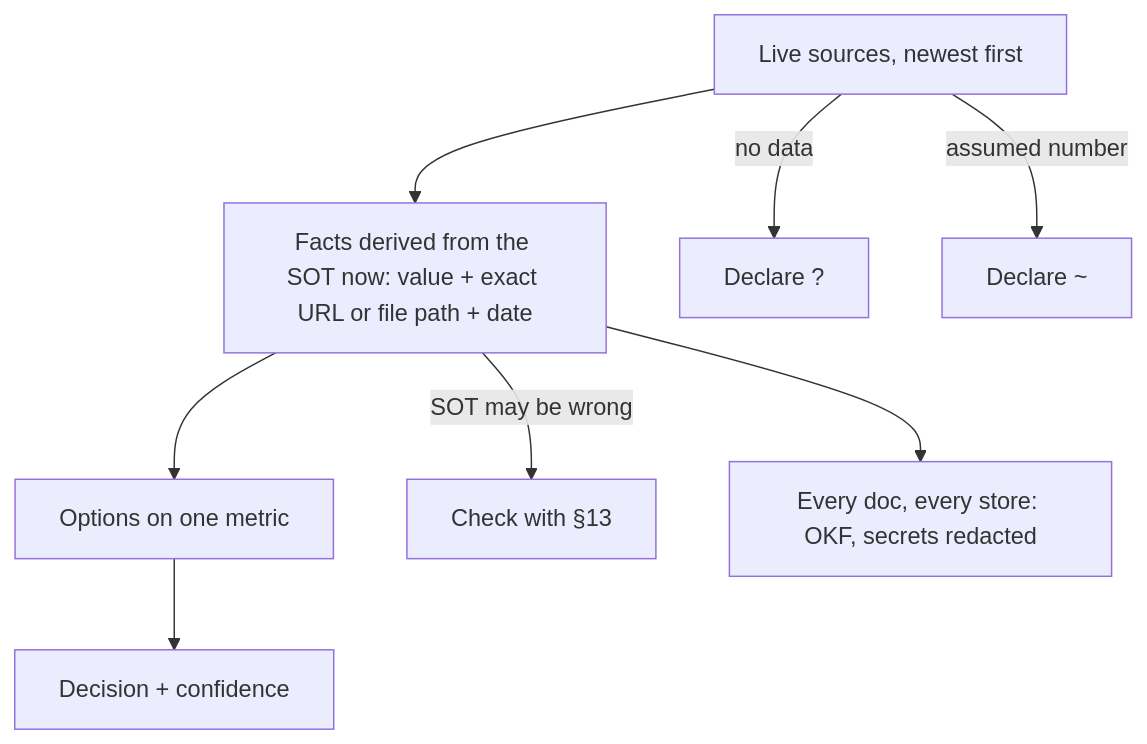
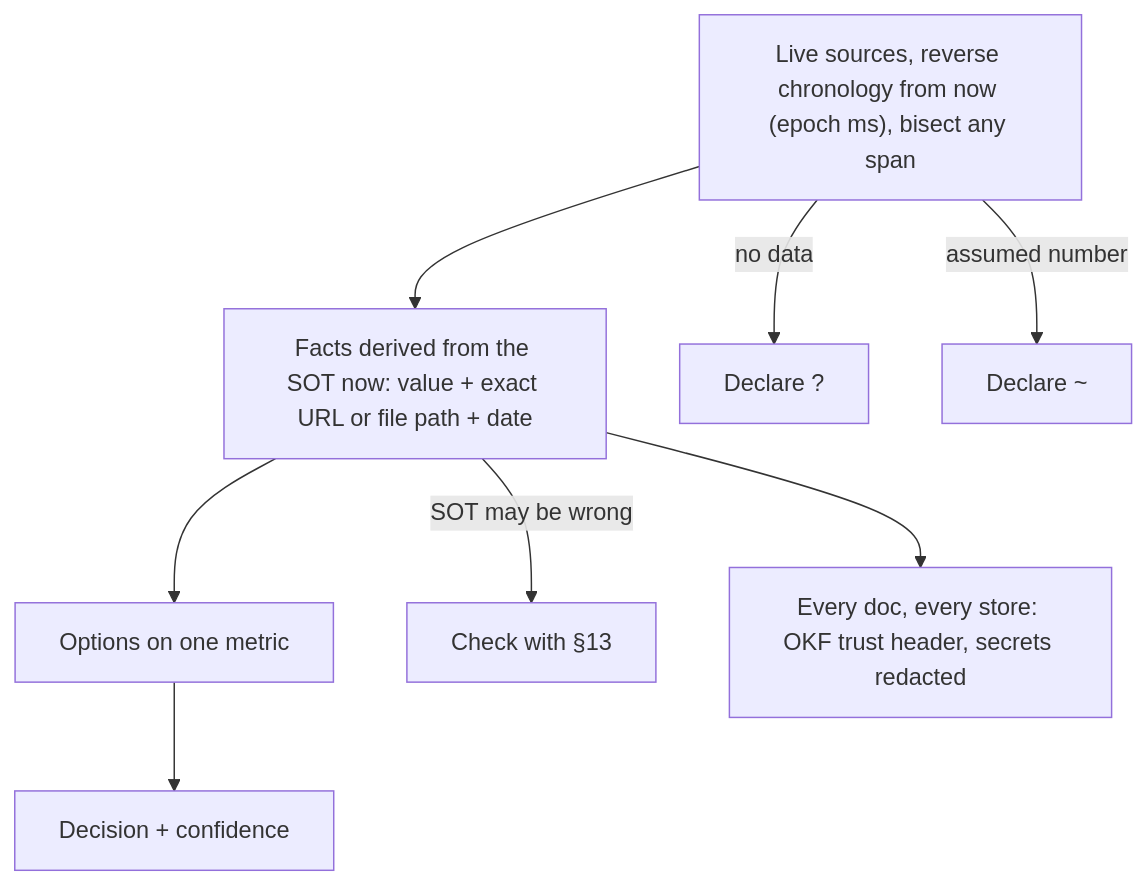
One commit to SolenixAI/arbiter changed the sixth of 14 diagrams in AGENTS.md. Above: the diagram before and after it, drawn with Mermaid. The commit also changed other lines of this file, not shown here.

First line of the commit message:
docs(agents): reverse chronology from now; OKF as the trust framework; score when choosing

````diff
--- a/AGENTS.md
+++ b/AGENTS.md
@@ -255,9 +256,9 @@
 ```mermaid
 flowchart TD
-  D[Live sources, newest first] --> E[Facts derived from the SOT now: value + exact URL or file path + date]
+  D["Live sources, reverse chronology from now (epoch ms), bisect any span"] --> E[Facts derived from the SOT now: value + exact URL or file path + date]
   E --> O[Options on one metric] --> C[Decision + confidence]
   D -->|no data| U["Declare ?"]
   D -->|assumed number| U2["Declare ~"]
   E -->|SOT may be wrong| S13[Check with §13]
-  E --> K[Every doc, every store: OKF, secrets redacted]
+  E --> K["Every doc, every store: OKF trust header, secrets redacted"]
 ```
````
